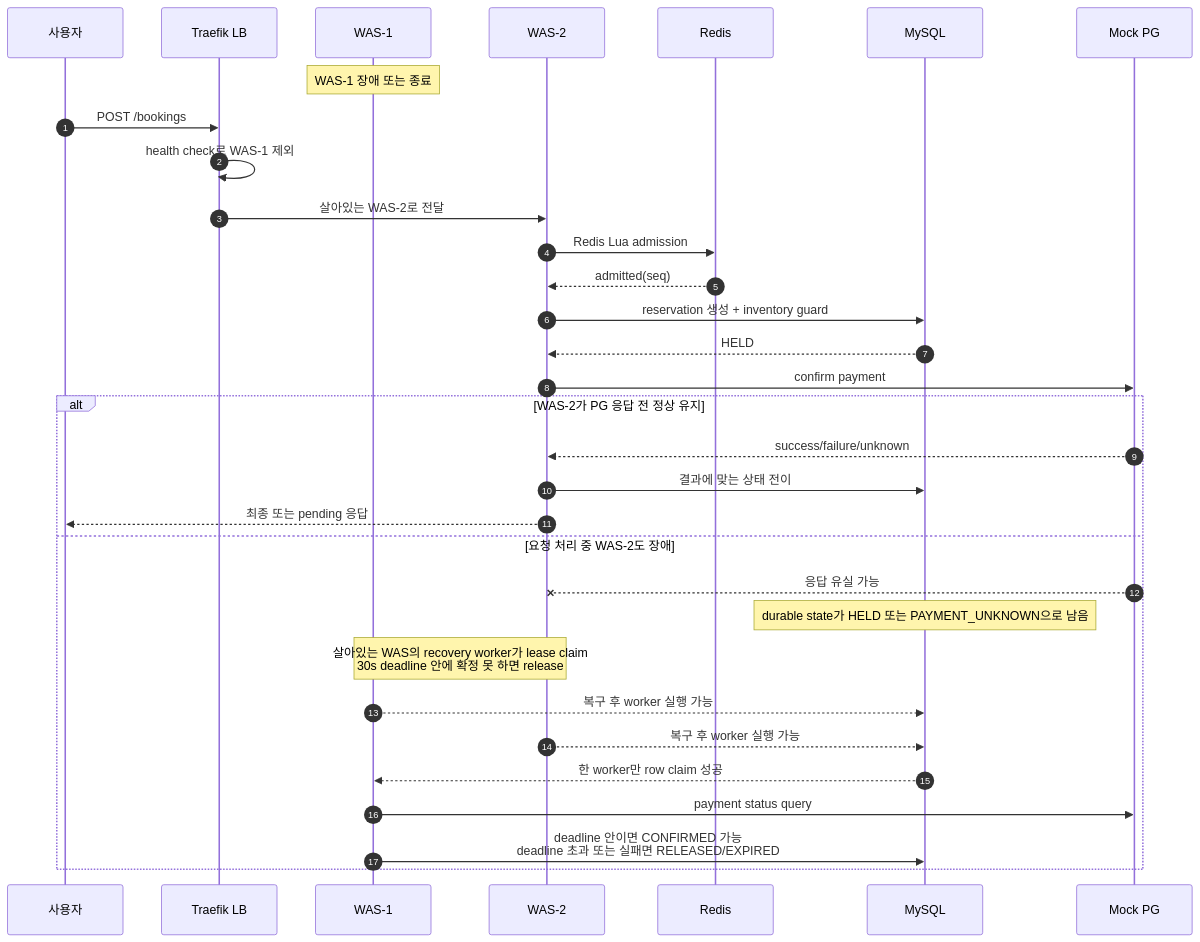
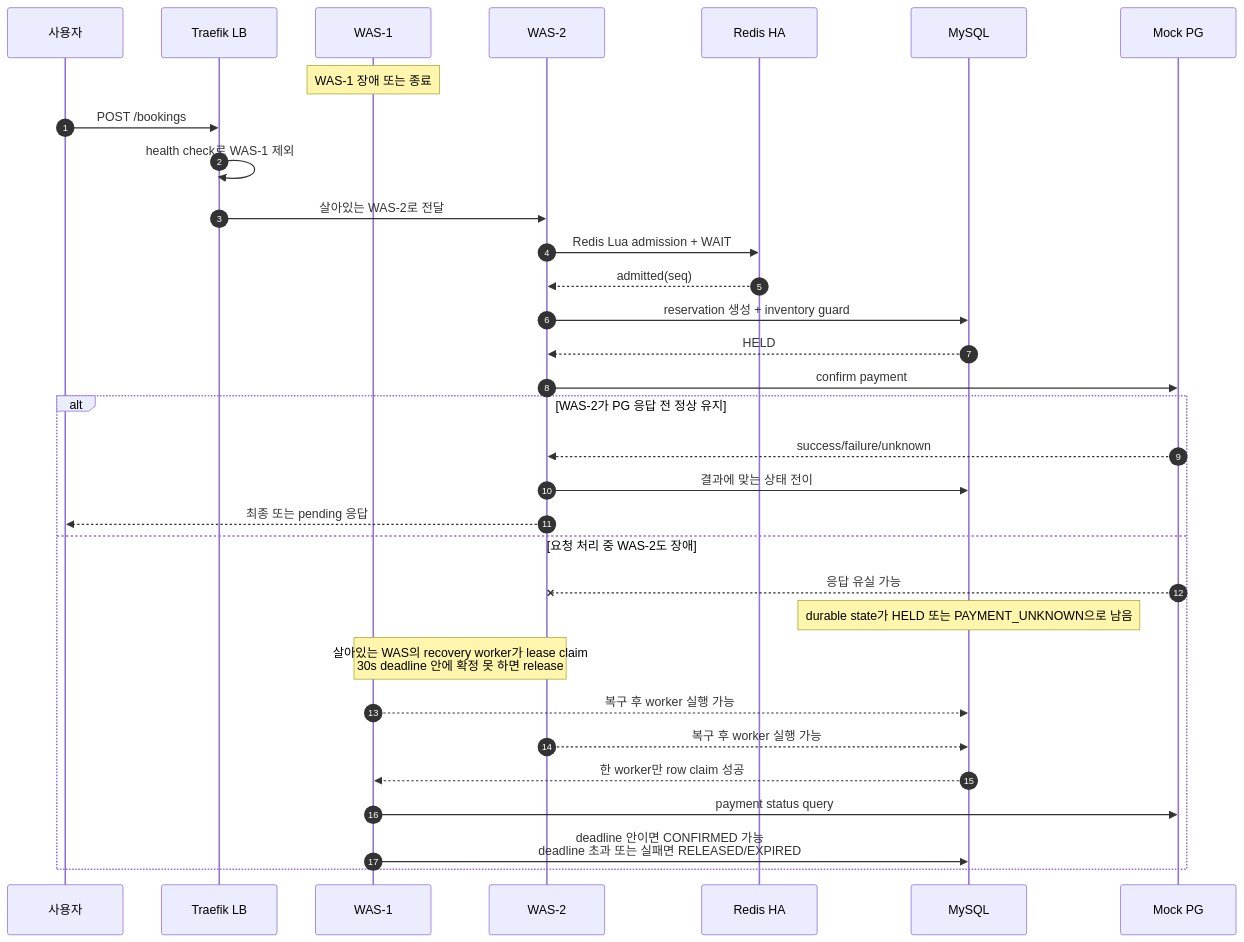
Before and after one commit to lsh1215/peak-booking-system: the third of 6 diagrams in docs/system-design/booking-user-flow-mermaid.md, drawn with Mermaid. The commit also changed other lines of this file and 9 other files, not shown here.

````diff
--- a/docs/system-design/booking-user-flow-mermaid.md
+++ b/docs/system-design/booking-user-flow-mermaid.md
@@ -98,37 +99,37 @@
 ```mermaid
 sequenceDiagram
     autonumber
     participant U as 사용자
     participant T as Traefik LB
     participant A1 as WAS-1
     participant A2 as WAS-2
-    participant R as Redis
+    participant R as Redis HA
     participant D as MySQL
     participant P as Mock PG
 
     Note over A1: WAS-1 장애 또는 종료
     U->>T: POST /bookings
     T->>T: health check로 WAS-1 제외
     T->>A2: 살아있는 WAS-2로 전달
 
-    A2->>R: Redis Lua admission
+    A2->>R: Redis Lua admission + WAIT
     R-->>A2: admitted(seq)
     A2->>D: reservation 생성 + inventory guard
     D-->>A2: HELD
     A2->>P: confirm payment
 
     alt WAS-2가 PG 응답 전 정상 유지
         P-->>A2: success/failure/unknown
         A2->>D: 결과에 맞는 상태 전이
         A2-->>U: 최종 또는 pending 응답
     else 요청 처리 중 WAS-2도 장애
         P--x A2: 응답 유실 가능
         Note over D: durable state가 HELD 또는 PAYMENT_UNKNOWN으로 남음
         Note over A1,A2: 살아있는 WAS의 recovery worker가 lease claim<br/>30s deadline 안에 확정 못 하면 release
         A1-->>D: 복구 후 worker 실행 가능
         A2-->>D: 복구 후 worker 실행 가능
         D-->>A1: 한 worker만 row claim 성공
         A1->>P: payment status query
         A1->>D: deadline 안이면 CONFIRMED 가능<br/>deadline 초과 또는 실패면 RELEASED/EXPIRED
     end
 ```
````
